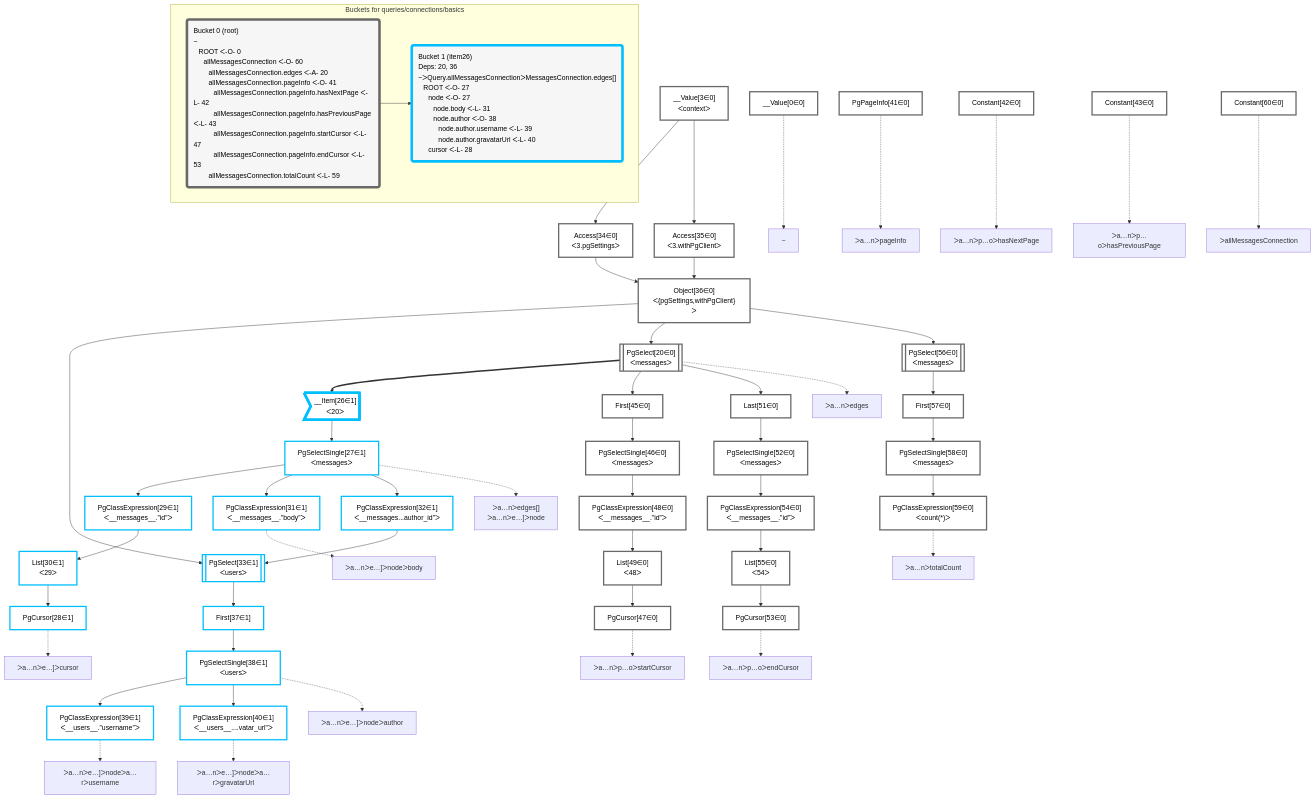
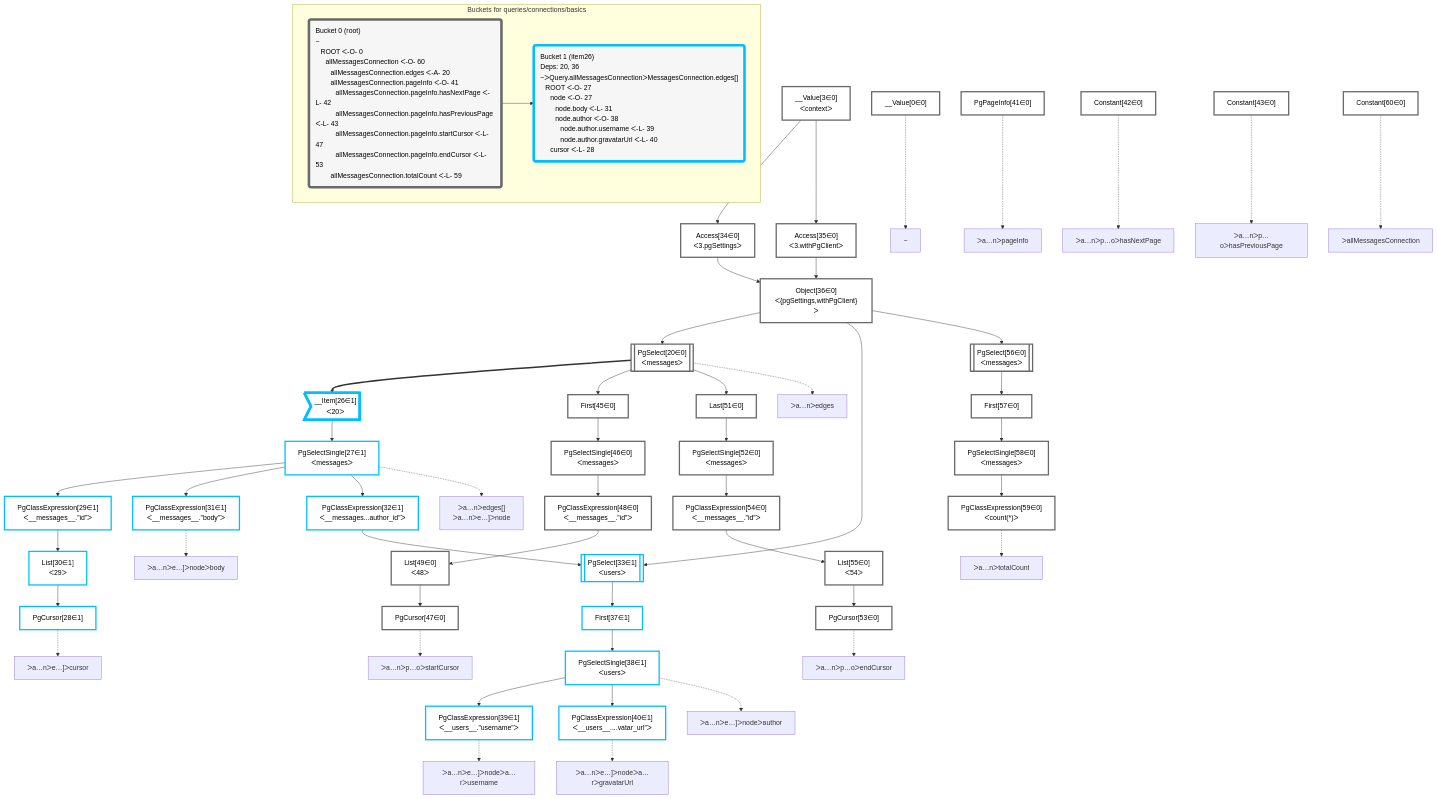
Before and after one commit to graphile/crystal: the diagram in packages/dataplan-pg/__tests__/queries/connections/basics.deopt.mermaid.md, drawn with Mermaid. The commit also changed other lines of this file and 195 other files, not shown here.

Commit message:
Reorder graphs

```diff
--- a/packages/dataplan-pg/__tests__/queries/connections/basics.deopt.mermaid.md
+++ b/packages/dataplan-pg/__tests__/queries/connections/basics.deopt.mermaid.md
@@ -9,73 +9,73 @@
 
     %% define plans
     __Value0["__Value[0∈0]"]:::plan
+    __Value3["__Value[3∈0]<br />ᐸcontextᐳ"]:::plan
+    Access34["Access[34∈0]<br />ᐸ3.pgSettingsᐳ"]:::plan
+    Access35["Access[35∈0]<br />ᐸ3.withPgClientᐳ"]:::plan
+    Object36["Object[36∈0]<br />ᐸ{pgSettings,withPgClient}ᐳ"]:::plan
+    PgSelect20[["PgSelect[20∈0]<br />ᐸmessagesᐳ"]]:::plan
+    Constant60["Constant[60∈0]"]:::plan
+    __Item26>"__Item[26∈1]<br />ᐸ20ᐳ"]:::itemplan
+    PgSelectSingle27["PgSelectSingle[27∈1]<br />ᐸmessagesᐳ"]:::plan
+    PgClassExpression29["PgClassExpression[29∈1]<br />ᐸ__messages__.”id”ᐳ"]:::plan
+    List30["List[30∈1]<br />ᐸ29ᐳ"]:::plan
     PgCursor28["PgCursor[28∈1]"]:::plan
-    List30["List[30∈1]<br />ᐸ29ᐳ"]:::plan
-    PgClassExpression29["PgClassExpression[29∈1]<br />ᐸ__messages__.”id”ᐳ"]:::plan
     PgClassExpression31["PgClassExpression[31∈1]<br />ᐸ__messages__.”body”ᐳ"]:::plan
+    PgClassExpression32["PgClassExpression[32∈1]<br />ᐸ__messages...author_id”ᐳ"]:::plan
+    PgSelect33[["PgSelect[33∈1]<br />ᐸusersᐳ"]]:::plan
+    First37["First[37∈1]"]:::plan
+    PgSelectSingle38["PgSelectSingle[38∈1]<br />ᐸusersᐳ"]:::plan
     PgClassExpression39["PgClassExpression[39∈1]<br />ᐸ__users__.”username”ᐳ"]:::plan
     PgClassExpression40["PgClassExpression[40∈1]<br />ᐸ__users__....vatar_url”ᐳ"]:::plan
-    PgSelectSingle38["PgSelectSingle[38∈1]<br />ᐸusersᐳ"]:::plan
-    First37["First[37∈1]"]:::plan
-    PgSelect33[["PgSelect[33∈1]<br />ᐸusersᐳ"]]:::plan
-    PgClassExpression32["PgClassExpression[32∈1]<br />ᐸ__messages...author_id”ᐳ"]:::plan
-    PgSelectSingle27["PgSelectSingle[27∈1]<br />ᐸmessagesᐳ"]:::plan
-    __Item26>"__Item[26∈1]<br />ᐸ20ᐳ"]:::itemplan
-    PgCursor47["PgCursor[47∈0]"]:::plan
-    List49["List[49∈0]<br />ᐸ48ᐳ"]:::plan
-    PgClassExpression48["PgClassExpression[48∈0]<br />ᐸ__messages__.”id”ᐳ"]:::plan
-    PgSelectSingle46["PgSelectSingle[46∈0]<br />ᐸmessagesᐳ"]:::plan
-    First45["First[45∈0]"]:::plan
-    PgCursor53["PgCursor[53∈0]"]:::plan
-    List55["List[55∈0]<br />ᐸ54ᐳ"]:::plan
-    PgClassExpression54["PgClassExpression[54∈0]<br />ᐸ__messages__.”id”ᐳ"]:::plan
-    PgSelectSingle52["PgSelectSingle[52∈0]<br />ᐸmessagesᐳ"]:::plan
-    Last51["Last[51∈0]"]:::plan
-    PgSelect20[["PgSelect[20∈0]<br />ᐸmessagesᐳ"]]:::plan
-    PgClassExpression59["PgClassExpression[59∈0]<br />ᐸcount(*)ᐳ"]:::plan
-    PgSelectSingle58["PgSelectSingle[58∈0]<br />ᐸmessagesᐳ"]:::plan
-    First57["First[57∈0]"]:::plan
-    PgSelect56[["PgSelect[56∈0]<br />ᐸmessagesᐳ"]]:::plan
-    Object36["Object[36∈0]<br />ᐸ{pgSettings,withPgClient}ᐳ"]:::plan
-    Access34["Access[34∈0]<br />ᐸ3.pgSettingsᐳ"]:::plan
-    Access35["Access[35∈0]<br />ᐸ3.withPgClientᐳ"]:::plan
-    __Value3["__Value[3∈0]<br />ᐸcontextᐳ"]:::plan
-    Constant60["Constant[60∈0]"]:::plan
     PgPageInfo41["PgPageInfo[41∈0]"]:::plan
     Constant42["Constant[42∈0]"]:::plan
     Constant43["Constant[43∈0]"]:::plan
+    First45["First[45∈0]"]:::plan
+    PgSelectSingle46["PgSelectSingle[46∈0]<br />ᐸmessagesᐳ"]:::plan
+    PgClassExpression48["PgClassExpression[48∈0]<br />ᐸ__messages__.”id”ᐳ"]:::plan
+    List49["List[49∈0]<br />ᐸ48ᐳ"]:::plan
+    PgCursor47["PgCursor[47∈0]"]:::plan
+    Last51["Last[51∈0]"]:::plan
+    PgSelectSingle52["PgSelectSingle[52∈0]<br />ᐸmessagesᐳ"]:::plan
+    PgClassExpression54["PgClassExpression[54∈0]<br />ᐸ__messages__.”id”ᐳ"]:::plan
+    List55["List[55∈0]<br />ᐸ54ᐳ"]:::plan
+    PgCursor53["PgCursor[53∈0]"]:::plan
+    PgSelect56[["PgSelect[56∈0]<br />ᐸmessagesᐳ"]]:::plan
+    First57["First[57∈0]"]:::plan
+    PgSelectSingle58["PgSelectSingle[58∈0]<br />ᐸmessagesᐳ"]:::plan
+    PgClassExpression59["PgClassExpression[59∈0]<br />ᐸcount(*)ᐳ"]:::plan
 
     %% plan dependencies
+    __Value3 --> Access34
+    __Value3 --> Access35
+    Access34 & Access35 --> Object36
+    Object36 --> PgSelect20
+    PgSelect20 ==> __Item26
+    __Item26 --> PgSelectSingle27
+    PgSelectSingle27 --> PgClassExpression29
+    PgClassExpression29 --> List30
     List30 --> PgCursor28
-    PgClassExpression29 --> List30
-    PgSelectSingle27 --> PgClassExpression29
     PgSelectSingle27 --> PgClassExpression31
+    PgSelectSingle27 --> PgClassExpression32
+    Object36 & PgClassExpression32 --> PgSelect33
+    PgSelect33 --> First37
+    First37 --> PgSelectSingle38
     PgSelectSingle38 --> PgClassExpression39
     PgSelectSingle38 --> PgClassExpression40
-    First37 --> PgSelectSingle38
-    PgSelect33 --> First37
-    Object36 & PgClassExpression32 --> PgSelect33
-    PgSelectSingle27 --> PgClassExpression32
-    __Item26 --> PgSelectSingle27
-    PgSelect20 ==> __Item26
+    PgSelect20 --> First45
+    First45 --> PgSelectSingle46
+    PgSelectSingle46 --> PgClassExpression48
+    PgClassExpression48 --> List49
     List49 --> PgCursor47
-    PgClassExpression48 --> List49
-    PgSelectSingle46 --> PgClassExpression48
-    First45 --> PgSelectSingle46
-    PgSelect20 --> First45
+    PgSelect20 --> Last51
+    Last51 --> PgSelectSingle52
+    PgSelectSingle52 --> PgClassExpression54
+    PgClassExpression54 --> List55
     List55 --> PgCursor53
-    PgClassExpression54 --> List55
-    PgSelectSingle52 --> PgClassExpression54
-    Last51 --> PgSelectSingle52
-    PgSelect20 --> Last51
-    Object36 --> PgSelect20
+    Object36 --> PgSelect56
+    PgSelect56 --> First57
+    First57 --> PgSelectSingle58
     PgSelectSingle58 --> PgClassExpression59
-    First57 --> PgSelectSingle58
-    PgSelect56 --> First57
-    Object36 --> PgSelect56
-    Access34 & Access35 --> Object36
-    __Value3 --> Access34
-    __Value3 --> Access35
 
     %% plan-to-path relationships
     P0["~"]
```
